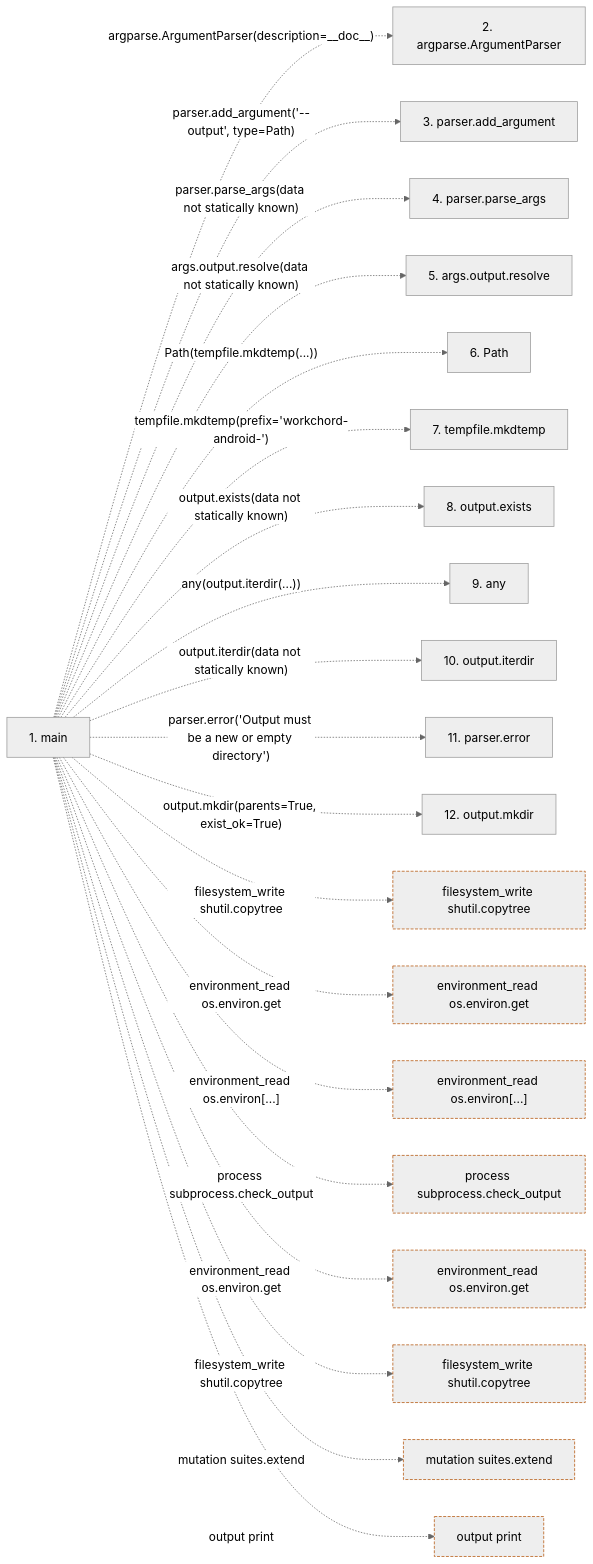
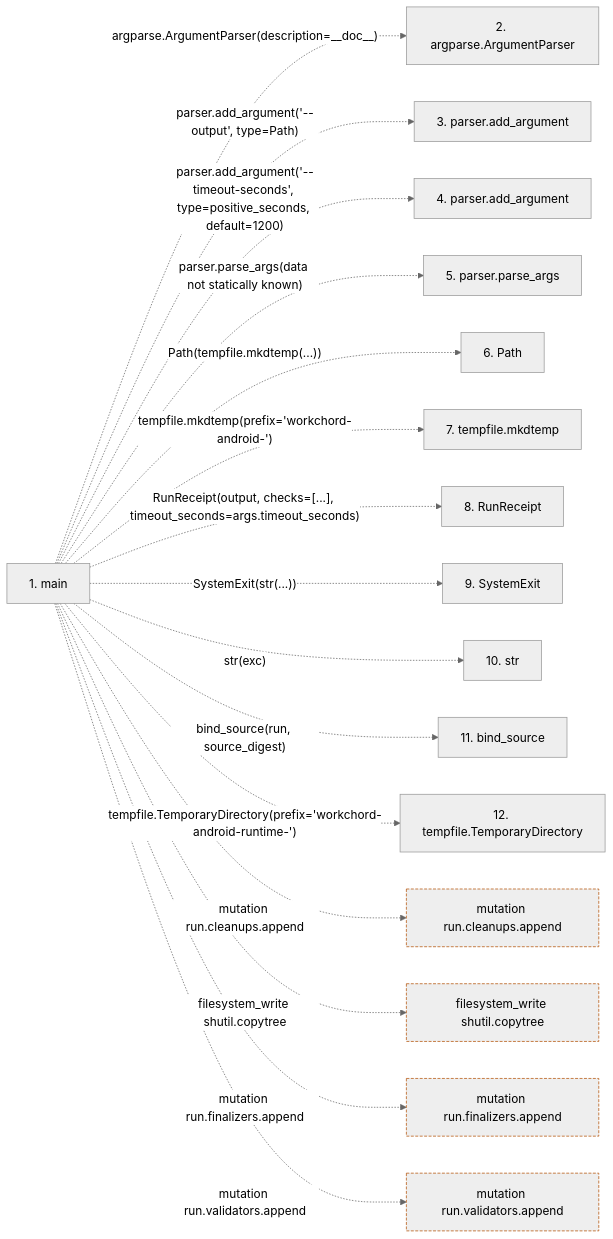
Before and after one commit to Denissvgn/WorkChord: the second of 2 diagrams in docs/llm_wiki/flows/process-run_android_checks.md, drawn with Mermaid (neutral theme). The commit also changed other lines of this file and 1888 other files, not shown here.

````diff
--- a/docs/llm_wiki/flows/process-run_android_checks.md
+++ b/docs/llm_wiki/flows/process-run_android_checks.md
@@ -74,52 +71,40 @@
 ```mermaid
 flowchart LR
     s1["1. main"]
     s2["2. argparse.ArgumentParser"]
     s3["3. parser.add_argument"]
-    s4["4. parser.parse_args"]
-    s5["5. args.output.resolve"]
+    s4["4. parser.add_argument"]
+    s5["5. parser.parse_args"]
     s6["6. Path"]
     s7["7. tempfile.mkdtemp"]
-    s8["8. output.exists"]
-    s9["9. any"]
-    s10["10. output.iterdir"]
-    s11["11. parser.error"]
-    s12["12. output.mkdir"]
+    s8["8. RunReceipt"]
+    s9["9. SystemExit"]
+    s10["10. str"]
+    s11["11. bind_source"]
+    s12["12. tempfile.TemporaryDirectory"]
     s1 -. "argparse.ArgumentParser(description=__doc__)" .-> s2
     s1 -. "parser.add_argument('--output', type=Path)" .-> s3
-    s1 -. "parser.parse_args(data not statically known)" .-> s4
-    s1 -. "args.output.resolve(data not statically known)" .-> s5
+    s1 -. "parser.add_argument('--timeout-seconds', type=positive_seconds, default=1200)" .-> s4
+    s1 -. "parser.parse_args(data not statically known)" .-> s5
     s1 -. "Path(tempfile.mkdtemp(...))" .-> s6
     s1 -. "tempfile.mkdtemp(prefix='workchord-android-')" .-> s7
-    s1 -. "output.exists(data not statically known)" .-> s8
-    s1 -. "any(output.iterdir(...))" .-> s9
-    s1 -. "output.iterdir(data not statically known)" .-> s10
-    s1 -. "parser.error('Output must be a new or empty directory')" .-> s11
-    s1 -. "output.mkdir(parents=True, exist_ok=True)" .-> s12
-    b0["filesystem_write shutil.copytree"]
-    s1 -. "filesystem_write shutil.copytree" .-> b0
-    b1["environment_read os.environ.get"]
-    s1 -. "environment_read os.environ.get" .-> b1
-    b2["environment_read os.environ[...]"]
-    s1 -. "environment_read os.environ[...]" .-> b2
-    b3["process subprocess.check_output"]
-    s1 -. "process subprocess.check_output" .-> b3
-    b4["environment_read os.environ.get"]
-    s1 -. "environment_read os.environ.get" .-> b4
-    b5["filesystem_write shutil.copytree"]
-    s1 -. "filesystem_write shutil.copytree" .-> b5
-    b6["mutation suites.extend"]
-    s1 -. "mutation suites.extend" .-> b6
-    b7["output print"]
-    s1 -. "output print" .-> b7
+    s1 -. "RunReceipt(output, checks=[...], timeout_seconds=args.timeout_seconds)" .-> s8
+    s1 -. "SystemExit(str(...))" .-> s9
+    s1 -. "str(exc)" .-> s10
+    s1 -. "bind_source(run, source_digest)" .-> s11
+    s1 -. "tempfile.TemporaryDirectory(prefix='workchord-android-runtime-')" .-> s12
+    b0["mutation run.cleanups.append"]
+    s1 -. "mutation run.cleanups.append" .-> b0
+    b1["filesystem_write shutil.copytree"]
+    s1 -. "filesystem_write shutil.copytree" .-> b1
+    b2["mutation run.finalizers.append"]
+    s1 -. "mutation run.finalizers.append" .-> b2
+    b3["mutation run.validators.append"]
+    s1 -. "mutation run.validators.append" .-> b3
     click s1 "../modules/run_android_checks.md"
     classDef boundary stroke:#b45309,stroke-dasharray: 4 2
     class b0 boundary
     class b1 boundary
     class b2 boundary
     class b3 boundary
-    class b4 boundary
-    class b5 boundary
-    class b6 boundary
-    class b7 boundary
 ```
````
